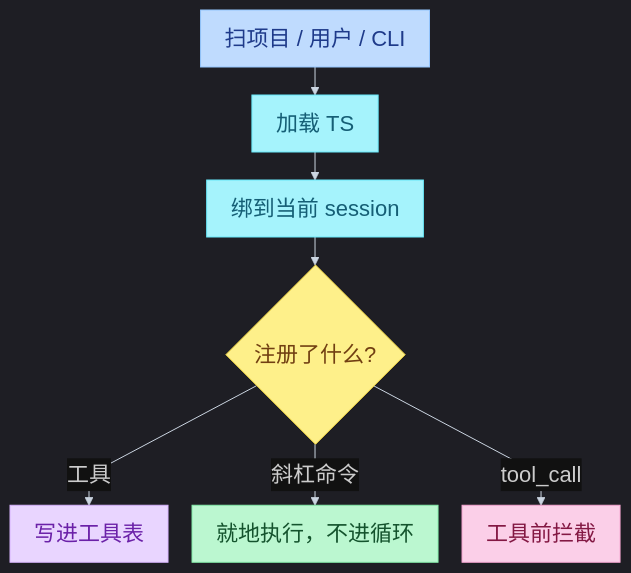
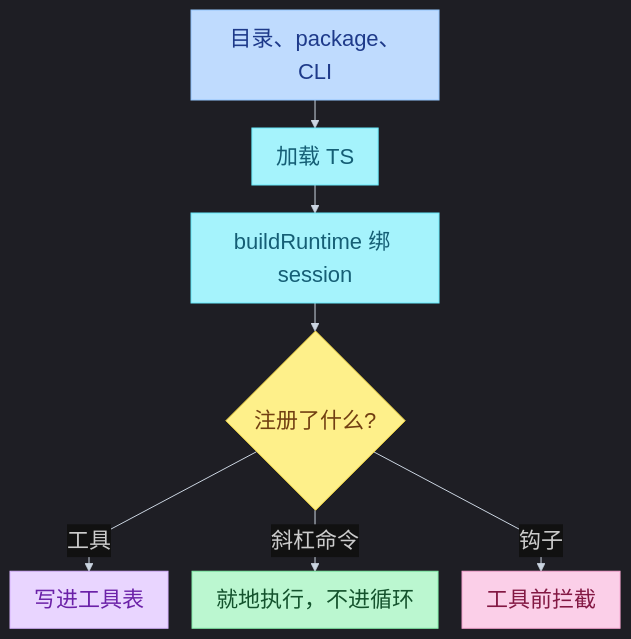
Before and after one commit to juliepy/AI-Engineer-from-scrach: the second of 2 diagrams in 13-pi-agent/07-Capability.md, drawn with Mermaid. The commit also changed other lines of this file and 1 other file, not shown here.

Commit message:
Rewrite Pi Capability notes around source call traces and add the final review chapter.

````diff
--- a/13-pi-agent/07-Capability.md
+++ b/13-pi-agent/07-Capability.md
@@ -168,24 +258,24 @@
 ```mermaid
 %%{init: {"theme": "dark", "flowchart": {"curve": "linear", "rankSpacing": 28, "nodeSpacing": 24, "padding": 12, "useMaxWidth": false, "htmlLabels": true}, "themeVariables": {"fontSize": "22px", "background": "#000000", "lineColor": "#CBD5E1", "edgeLabelBackground": "#111111"}, "themeCSS": ".nodeLabel,.label,span{font-size:22px!important}"}}%%
 flowchart TB
-    DISC["扫项目 / 用户 / CLI"] --> LOAD["加载 TS"]
-    LOAD --> BIND["绑到当前 session"]
+    DISC["目录、package、CLI"] --> LOADTS["加载 TS"]
+    LOADTS --> BIND["buildRuntime 绑 session"]
     BIND --> WHAT{"注册了什么?"}
-    WHAT -->|工具| T["写进工具表"]
-    WHAT -->|斜杠命令| C["就地执行，不进循环"]
-    WHAT -->|tool_call| B["工具前拦截"]
+    WHAT -->|工具| TBL["写进工具表"]
+    WHAT -->|斜杠命令| CMD["就地执行，不进循环"]
+    WHAT -->|钩子| HOOK["工具前拦截"]
 
     classDef start fill:#BFDBFE,stroke:#93C5FD,color:#1E3A8A,font-size:22px
     classDef step fill:#A5F3FC,stroke:#67E8F9,color:#155E75,font-size:22px
     classDef dec fill:#FEF08A,stroke:#FDE047,color:#713F12,font-size:22px
     classDef prod fill:#E9D5FF,stroke:#D8B4FE,color:#6B21A8,font-size:22px
     classDef ok fill:#BBF7D0,stroke:#86EFAC,color:#14532D,font-size:22px
     classDef bad fill:#FBCFE8,stroke:#F9A8D4,color:#831843,font-size:22px
 
     class DISC start
-    class LOAD,BIND step
+    class LOADTS,BIND step
     class WHAT dec
-    class T prod
-    class C ok
-    class B bad
+    class TBL prod
+    class CMD ok
+    class HOOK bad
 ```
````
